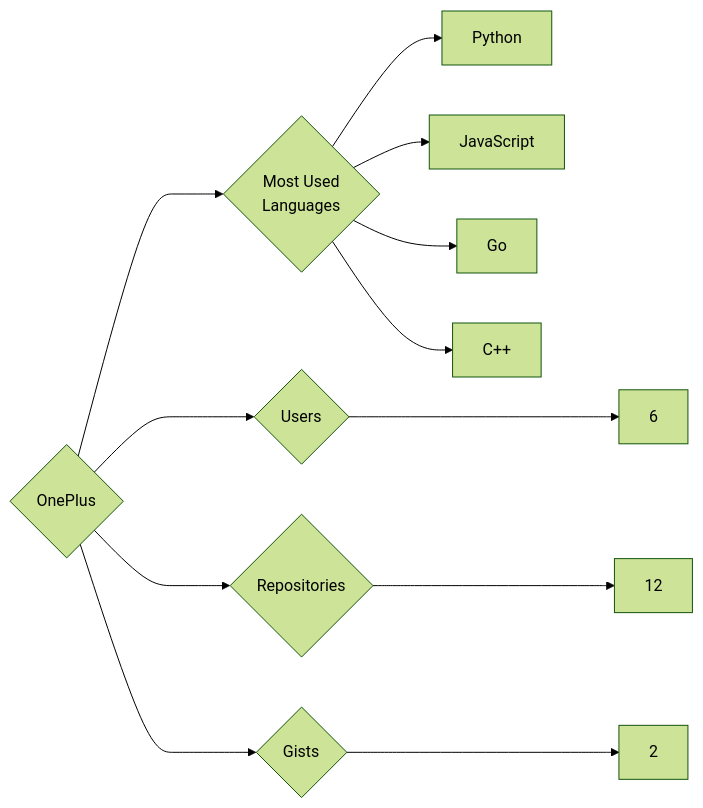
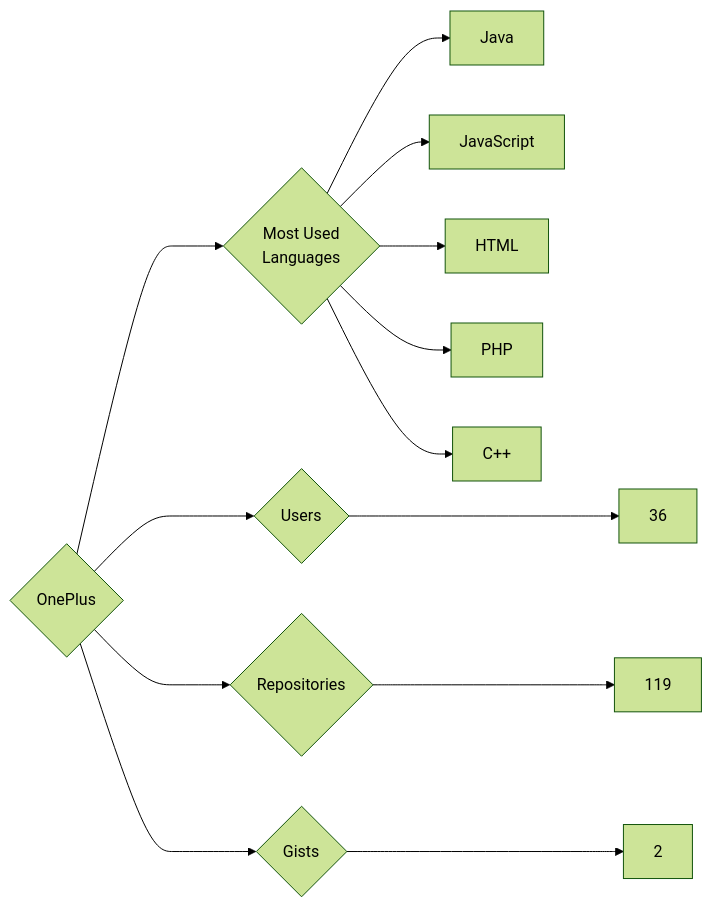
The diagram in targets/OnePlus/README.md (trickest/insiders), drawn with Mermaid (forest theme) before and after one commit. The commit also changed 823 other files, not shown here.

````diff
--- a/targets/OnePlus/README.md
+++ b/targets/OnePlus/README.md
@@ -3,12 +3,13 @@
 ```mermaid
 graph LR
 COMPANY_NAME{OnePlus}
-COMPANY_NAME ---> U{Users} ---> UN[6]
-COMPANY_NAME ---> R{Repositories} ---> RN[12]
+COMPANY_NAME ---> U{Users} ---> UN[36]
+COMPANY_NAME ---> R{Repositories} ---> RN[119]
 COMPANY_NAME ---> G{Gists} ---> GN[2]
 COMPANY_NAME ---> ML{Most Used<br>Languages}
-ML --> Python[Python]
+ML --> Java[Java]
 ML --> JavaScript[JavaScript]
-ML --> Go[Go]
+ML --> HTML[HTML]
+ML --> PHP[PHP]
 ML --> C++[C++]
 ```
````
